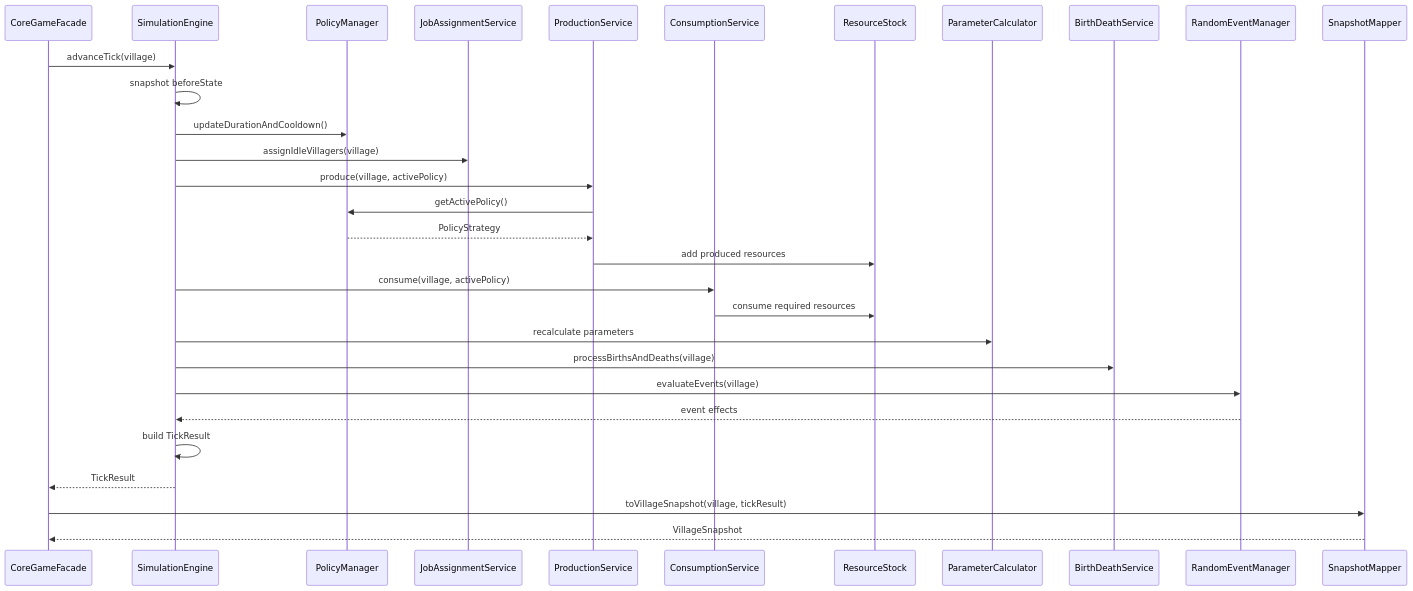
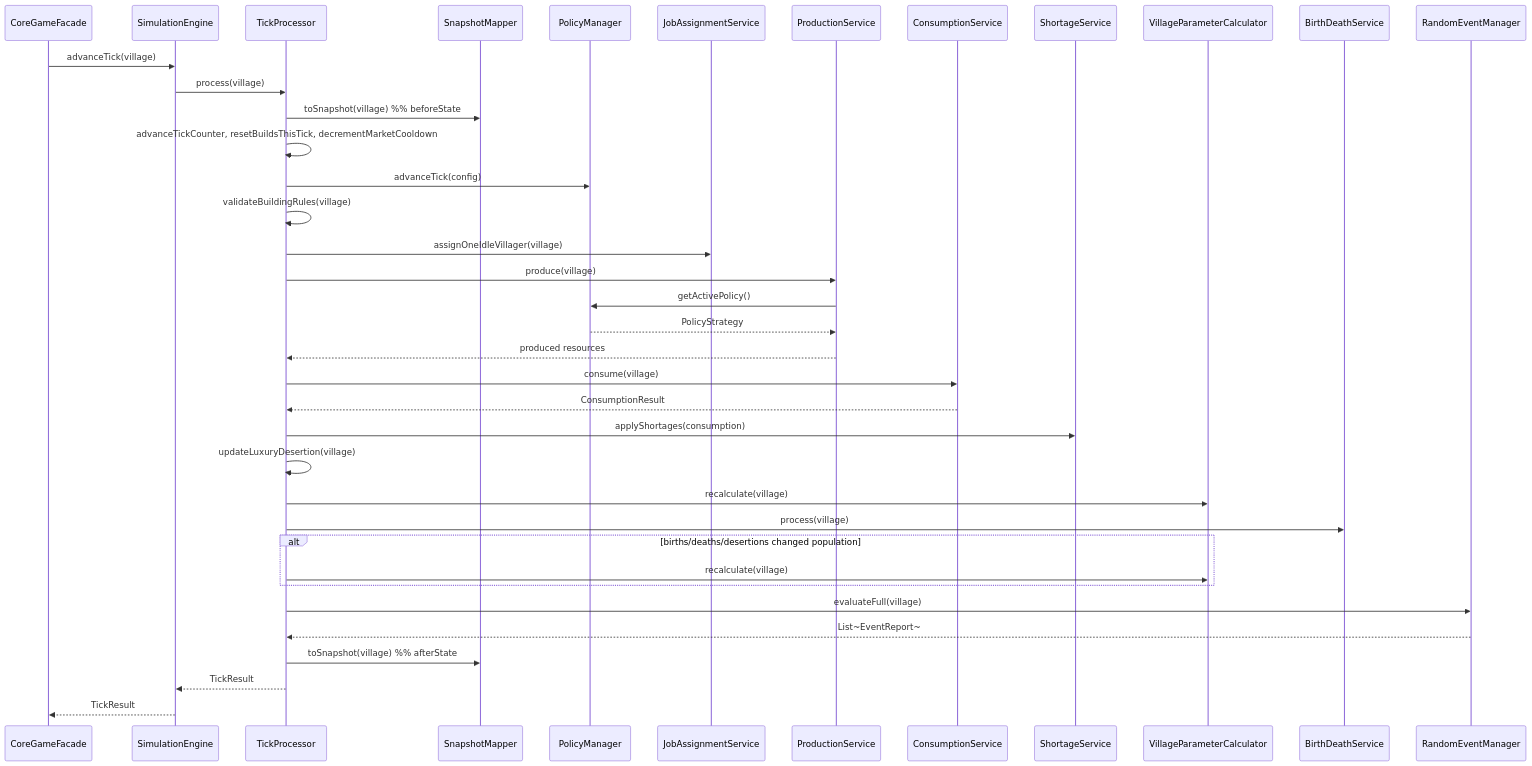
Before and after one commit to edope704/DaimyoSimulator: diagram 12 of 14 in docs/DesignDocument.md, drawn with Mermaid. The commit also changed other lines of this file, not shown here.

````diff
--- a/docs/DesignDocument.md
+++ b/docs/DesignDocument.md
@@ -397,33 +431,41 @@
 ```mermaid
 sequenceDiagram
     participant C as CoreGameFacade
     participant E as SimulationEngine
+    participant TP as TickProcessor
+    participant VM as SnapshotMapper
     participant PM as PolicyManager
     participant JR as JobAssignmentService
     participant PR as ProductionService
     participant CS as ConsumptionService
-    participant RC as ResourceStock
-    participant PC as ParameterCalculator
+    participant SH as ShortageService
+    participant PC as VillageParameterCalculator
     participant BD as BirthDeathService
     participant REM as RandomEventManager
-    participant VM as SnapshotMapper
 
     C->>E: advanceTick(village)
-    E->>E: snapshot beforeState
-    E->>PM: updateDurationAndCooldown()
-    E->>JR: assignIdleVillagers(village)
-    E->>PR: produce(village, activePolicy)
+    E->>TP: process(village)
+    TP->>VM: toSnapshot(village)  %% beforeState
+    TP->>TP: advanceTickCounter, resetBuildsThisTick, decrementMarketCooldown
+    TP->>PM: advanceTick(config)
+    TP->>TP: validateBuildingRules(village)
+    TP->>JR: assignOneIdleVillager(village)
+    TP->>PR: produce(village)
     PR->>PM: getActivePolicy()
     PM-->>PR: PolicyStrategy
-    PR->>RC: add produced resources
-    E->>CS: consume(village, activePolicy)
-    CS->>RC: consume required resources
-    E->>PC: recalculate parameters
-    E->>BD: processBirthsAndDeaths(village)
-    E->>REM: evaluateEvents(village)
-    REM-->>E: event effects
-    E->>E: build TickResult
+    PR-->>TP: produced resources
+    TP->>CS: consume(village)
+    CS-->>TP: ConsumptionResult
+    TP->>SH: applyShortages(consumption)
+    TP->>TP: updateLuxuryDesertion(village)
+    TP->>PC: recalculate(village)
+    TP->>BD: process(village)
+    alt births/deaths/desertions changed population
+        TP->>PC: recalculate(village)
+    end
+    TP->>REM: evaluateFull(village)
+    REM-->>TP: List~EventReport~
+    TP->>VM: toSnapshot(village)  %% afterState
+    TP-->>E: TickResult
     E-->>C: TickResult
-    C->>VM: toVillageSnapshot(village, tickResult)
-    VM-->>C: VillageSnapshot
 ```
````
